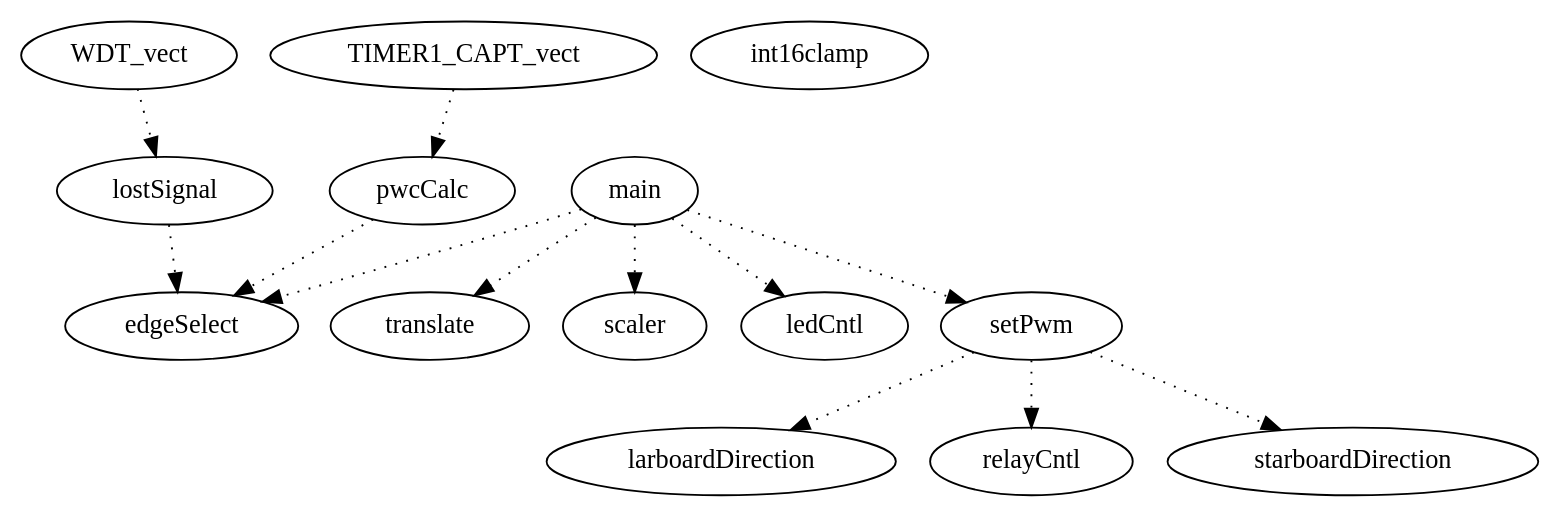
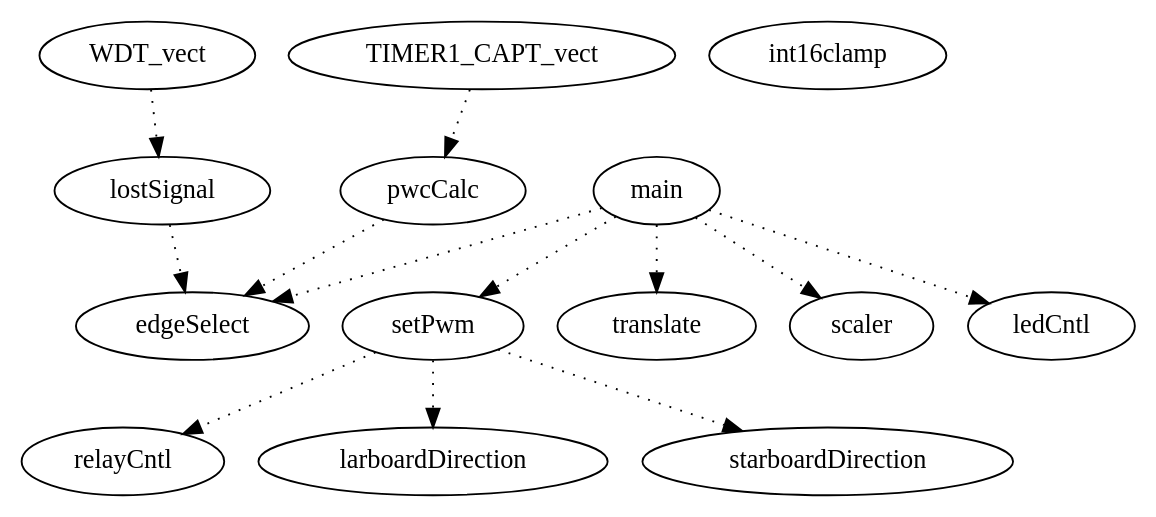
The diagram in Firmware/Propulsion/piruett.dot (bjornburton/ChampBot2016), drawn with Graphviz before and after one commit. The commit also changed other lines of this file and 7 other files, not shown here.

```diff
--- a/Firmware/Propulsion/piruett.dot
+++ b/Firmware/Propulsion/piruett.dot
@@ -1,15 +1,15 @@
 digraph callgraph {
+"WDT_vect" -> "lostSignal" [style=dotted];
+"setPwm" -> "relayCntl" [style=dotted];
+"setPwm" -> "larboardDirection" [style=dotted];
+"setPwm" -> "starboardDirection" [style=dotted];
 "pwcCalc" -> "edgeSelect" [style=dotted];
 "main" -> "translate" [style=dotted];
 "main" -> "edgeSelect" [style=dotted];
+"main" -> "setPwm" [style=dotted];
 "main" -> "scaler" [style=dotted];
 "main" -> "ledCntl" [style=dotted];
-"main" -> "setPwm" [style=dotted];
 "lostSignal" -> "edgeSelect" [style=dotted];
-"WDT_vect" -> "lostSignal" [style=dotted];
 "TIMER1_CAPT_vect" -> "pwcCalc" [style=dotted];
-"setPwm" -> "larboardDirection" [style=dotted];
-"setPwm" -> "relayCntl" [style=dotted];
-"setPwm" -> "starboardDirection" [style=dotted];
 "int16clamp";
 }
```
